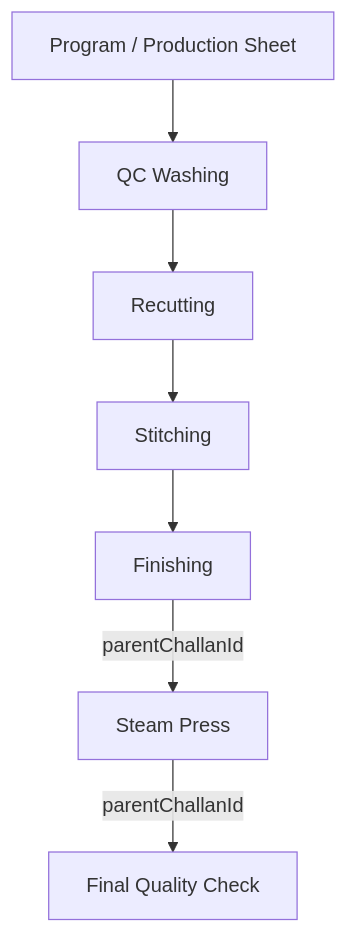
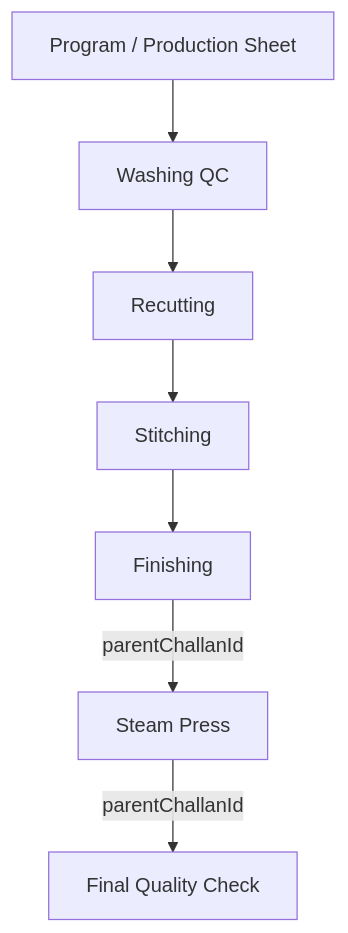
One commit to kenzoinfosystemDev001/Shubham_Fabrics changed the diagram in docs/steam-press/STEAM_PRESS_TRACEABILITY.md. Above: the diagram before and after it, drawn with Mermaid. The commit also changed 392 other files, not shown here.

````diff
--- a/docs/steam-press/STEAM_PRESS_TRACEABILITY.md
+++ b/docs/steam-press/STEAM_PRESS_TRACEABILITY.md
@@ -5,9 +5,9 @@
 ```mermaid
 flowchart TD
-    PRG[Program / Production Sheet] --> QC3[QC Washing]
-    QC3 --> RC[Recutting]
+    PRG[Program / Production Sheet] --> WQC[Washing QC]
+    WQC --> RC[Recutting]
     RC --> ST[Stitching]
     ST --> FN[Finishing]
     FN -->|parentChallanId| SP[Steam Press]
     SP -->|parentChallanId| FQC[Final Quality Check]
 ```
````
